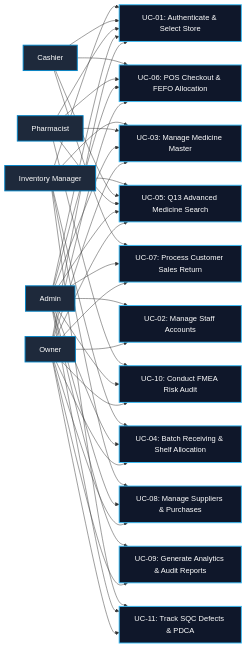
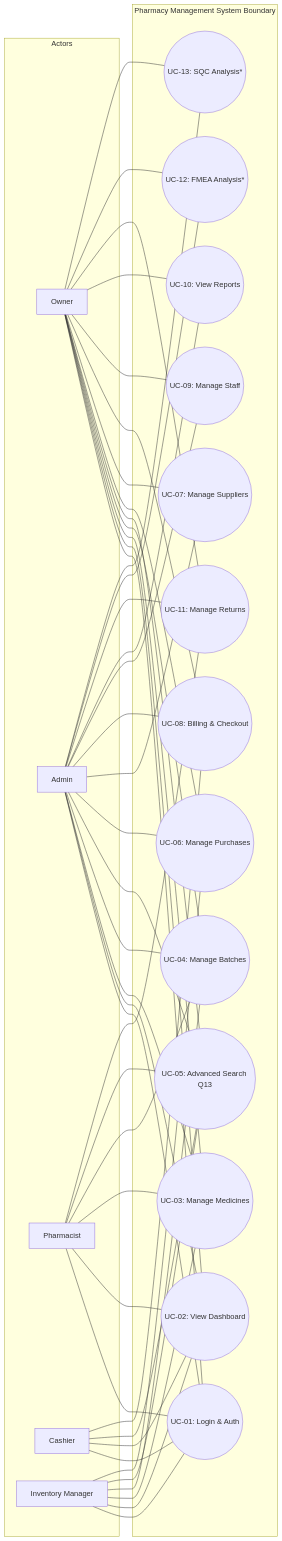
One commit to priyanshupokhariya5-crypto/Pharmacy-Management-System changed the fifth of 13 diagrams in docs/SRS_Pharmacy_Management_System.md. Above: the diagram before and after it, drawn with Mermaid. The commit also changed other lines of this file and 62 other files, not shown here.

````diff
--- a/docs/SRS_Pharmacy_Management_System.md
+++ b/docs/SRS_Pharmacy_Management_System.md
@@ -1969,65 +302,73 @@
 ```mermaid
-flowchart LR
-    classDef actor fill:#1e293b,stroke:#0284c7,stroke-width:2px,color:#ffffff;
-    classDef usecase fill:#0f172a,stroke:#38bdf8,stroke-width:2px,color:#ffffff;
+graph LR
+    subgraph Actors
+        Owner["Owner"]
+        Admin["Admin"]
+        Pharm["Pharmacist"]
+        Cash["Cashier"]
+        InvMgr["Inventory Manager"]
+    end
 
-    Owner["Owner"]:::actor
-    Admin["Admin"]:::actor
-    Pharmacist["Pharmacist"]:::actor
-    Cashier["Cashier"]:::actor
-    InvMgr["Inventory Manager"]:::actor
+    subgraph SystemBoundary["Pharmacy Management System Boundary"]
+        UC01((UC-01: Login & Auth))
+        UC02((UC-02: View Dashboard))
+        UC03((UC-03: Manage Medicines))
+        UC04((UC-04: Manage Batches))
+        UC05((UC-05: Advanced Search Q13))
+        UC06((UC-06: Manage Purchases))
+        UC07((UC-07: Manage Suppliers))
+        UC08((UC-08: Billing & Checkout))
+        UC09((UC-09: Manage Staff))
+        UC10((UC-10: View Reports))
+        UC11((UC-11: Manage Returns))
+        UC12((UC-12: FMEA Analysis*))
+        UC13((UC-13: SQC Analysis*))
+    end
 
-    UC_Login["UC-01: Authenticate & Select Store"]:::usecase
-    UC_Staff["UC-02: Manage Staff Accounts"]:::usecase
-    UC_Med["UC-03: Manage Medicine Master"]:::usecase
-    UC_Batch["UC-04: Batch Receiving & Shelf Allocation"]:::usecase
-    UC_Search["UC-05: Q13 Advanced Medicine Search"]:::usecase
-    UC_POS["UC-06: POS Checkout & FEFO Allocation"]:::usecase
-    UC_Return["UC-07: Process Customer Sales Return"]:::usecase
-    UC_Purch["UC-08: Manage Suppliers & Purchases"]:::usecase
-    UC_Rep["UC-09: Generate Analytics & Audit Reports"]:::usecase
-    UC_FMEA["UC-10: Conduct FMEA Risk Audit"]:::usecase
-    UC_SQC["UC-11: Track SQC Defects & PDCA"]:::usecase
+    Cash --- UC01
+    Cash --- UC02
+    Cash --- UC05
+    Cash --- UC08
 
-    Owner --> UC_Login
-    Owner --> UC_Staff
-    Owner --> UC_Med
-    Owner --> UC_Batch
-    Owner --> UC_Search
-    Owner --> UC_POS
-    Owner --> UC_Return
-    Owner --> UC_Purch
-    Owner --> UC_Rep
-    Owner --> UC_FMEA
-    Owner --> UC_SQC
+    Pharm --- UC01
+    Pharm --- UC02
+    Pharm --- UC03
+    Pharm --- UC04
+    Pharm --- UC05
+    Pharm --- UC11
 
-    Admin --> UC_Login
-    Admin --> UC_Staff
-    Admin --> UC_Med
-    Admin --> UC_Batch
-    Admin --> UC_Search
-    Admin --> UC_POS
-    Admin --> UC_Return
-    Admin --> UC_Purch
-    Admin --> UC_Rep
-    Admin --> UC_FMEA
-    Admin --> UC_SQC
+    InvMgr --- UC01
+    InvMgr --- UC02
+    InvMgr --- UC03
+    InvMgr --- UC04
+    InvMgr --- UC05
+    InvMgr --- UC06
 
-    Pharmacist --> UC_Login
-    Pharmacist --> UC_Med
-    Pharmacist --> UC_Search
-    Pharmacist --> UC_POS
-    Pharmacist --> UC_FMEA
+    Admin --- UC01
+    Admin --- UC02
+    Admin --- UC03
+    Admin --- UC04
+    Admin --- UC05
+    Admin --- UC06
+    Admin --- UC07
+    Admin --- UC08
+    Admin --- UC09
+    Admin --- UC10
+    Admin --- UC11
+    Admin --- UC12
+    Admin --- UC13
 
-    Cashier --> UC_Login
-    Cashier --> UC_POS
-    Cashier --> UC_Return
-    Cashier --> UC_Search
-
-    InvMgr --> UC_Login
-    InvMgr --> UC_Med
-    InvMgr --> UC_Batch
-    InvMgr --> UC_Purch
-    InvMgr --> UC_Search
-    InvMgr --> UC_SQC
+    Owner --- UC01
+    Owner --- UC02
+    Owner --- UC03
+    Owner --- UC04
+    Owner --- UC05
+    Owner --- UC06
+    Owner --- UC07
+    Owner --- UC08
+    Owner --- UC09
+    Owner --- UC10
+    Owner --- UC11
+    Owner --- UC12
+    Owner --- UC13
 ```
````
